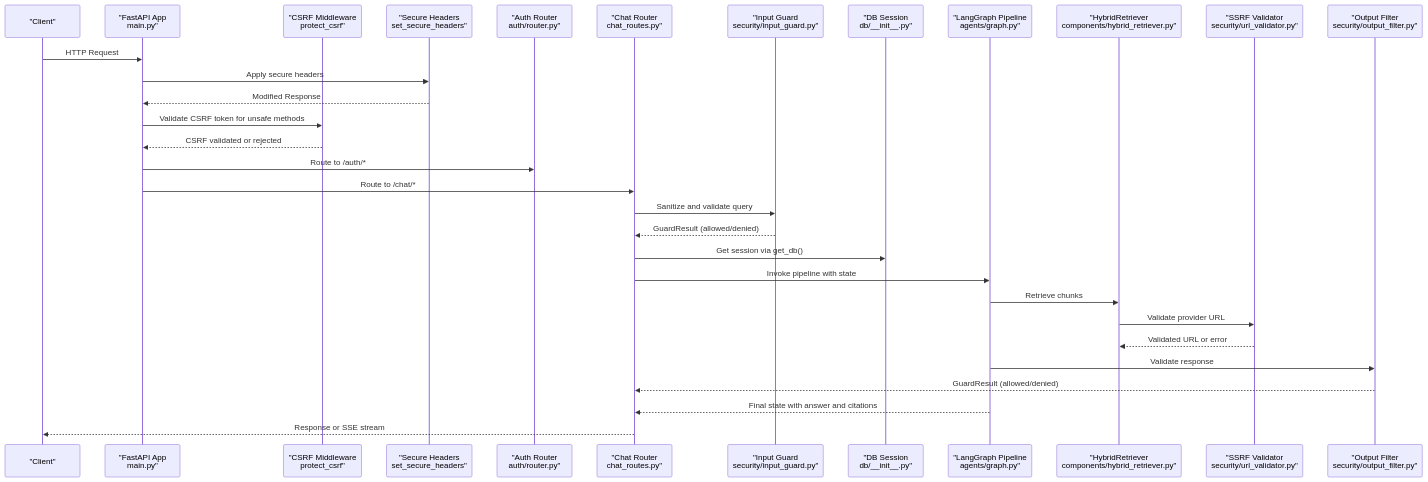
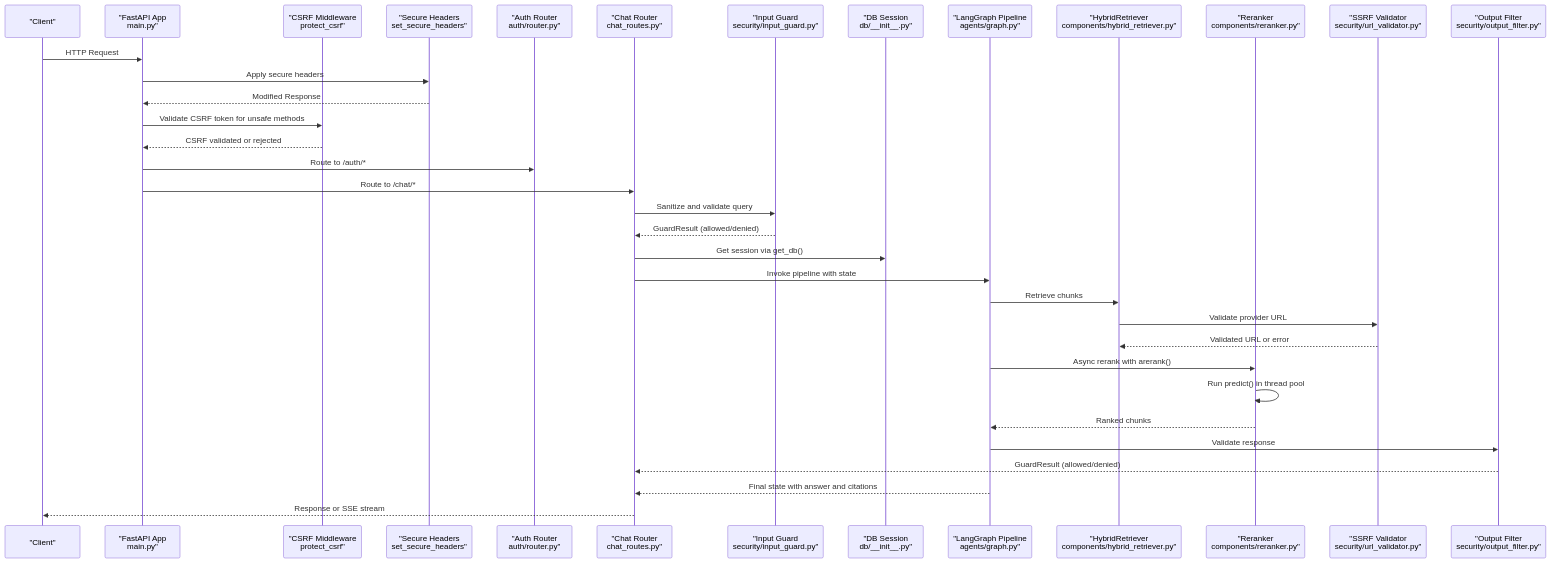
The second of 10 diagrams in .qoder/repowiki/en/content/Architecture and Design/Backend Architecture.md (genes8/private-ai), drawn with Mermaid before and after one commit. The commit also changed other lines of this file and 55 other files, not shown here.

````diff
--- a/.qoder/repowiki/en/content/Architecture and Design/Backend Architecture.md
+++ b/.qoder/repowiki/en/content/Architecture and Design/Backend Architecture.md
@@ -168,33 +173,37 @@
 ```mermaid
 sequenceDiagram
 participant Client as "Client"
 participant App as "FastAPI App<br/>main.py"
 participant CSRF as "CSRF Middleware<br/>protect_csrf"
 participant SecHeaders as "Secure Headers<br/>set_secure_headers"
 participant Auth as "Auth Router<br/>auth/router.py"
 participant Chat as "Chat Router<br/>chat_routes.py"
 participant InputGuard as "Input Guard<br/>security/input_guard.py"
 participant DB as "DB Session<br/>db/__init__.py"
 participant Graph as "LangGraph Pipeline<br/>agents/graph.py"
 participant Ret as "HybridRetriever<br/>components/hybrid_retriever.py"
+participant Rerank as "Reranker<br/>components/reranker.py"
 participant SSRF as "SSRF Validator<br/>security/url_validator.py"
 participant OutputFilter as "Output Filter<br/>security/output_filter.py"
 Client->>App : HTTP Request
 App->>SecHeaders : Apply secure headers
 SecHeaders-->>App : Modified Response
 App->>CSRF : Validate CSRF token for unsafe methods
 CSRF-->>App : CSRF validated or rejected
 App->>Auth : Route to /auth/*
 App->>Chat : Route to /chat/*
 Chat->>InputGuard : Sanitize and validate query
 InputGuard-->>Chat : GuardResult (allowed/denied)
 Chat->>DB : Get session via get_db()
 Chat->>Graph : Invoke pipeline with state
 Graph->>Ret : Retrieve chunks
 Ret->>SSRF : Validate provider URL
 SSRF-->>Ret : Validated URL or error
+Graph->>Rerank : Async rerank with arerank()
+Rerank->>Rerank : Run predict() in thread pool
+Rerank-->>Graph : Ranked chunks
 Graph->>OutputFilter : Validate response
 OutputFilter-->>Chat : GuardResult (allowed/denied)
 Graph-->>Chat : Final state with answer and citations
 Chat-->>Client : Response or SSE stream
 ```
````
